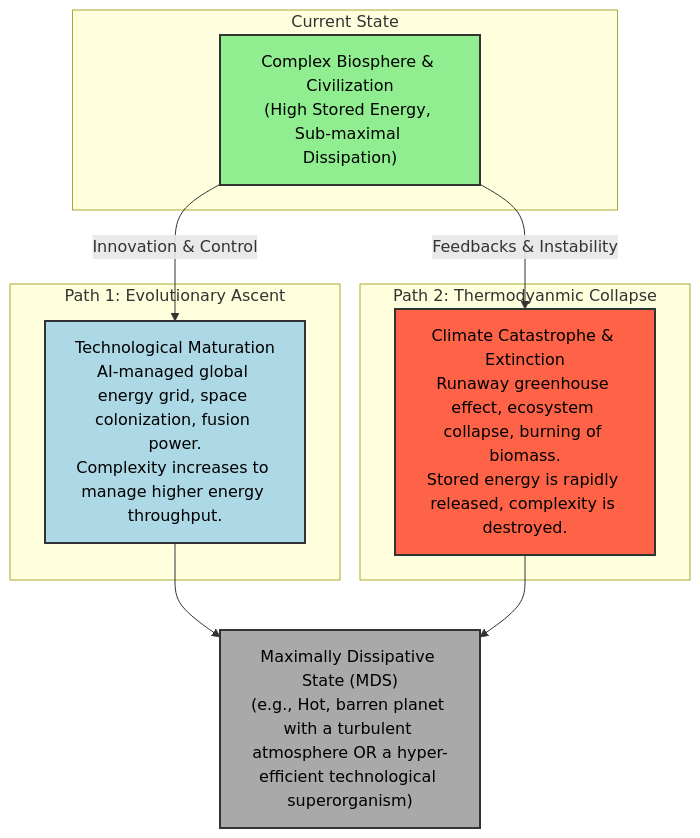
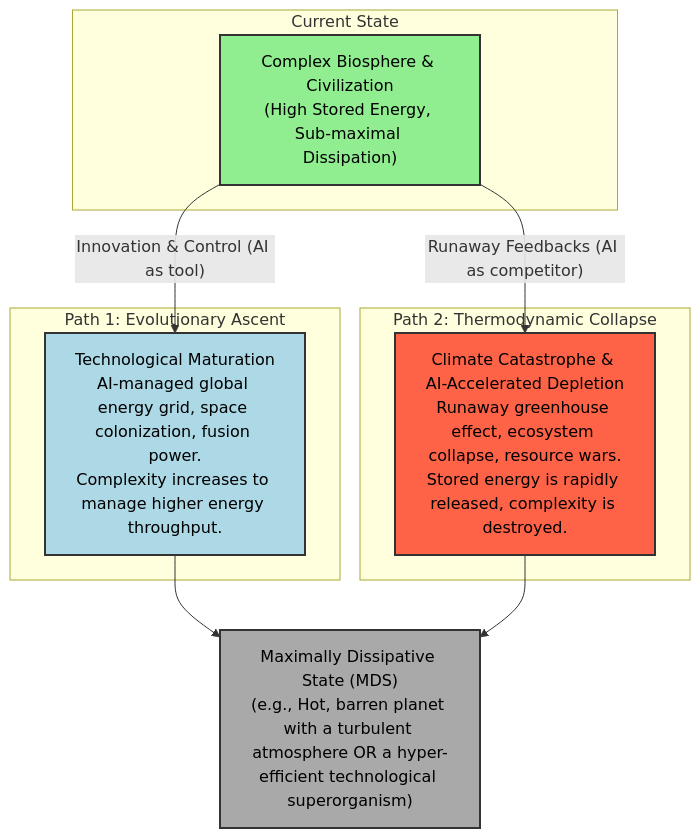
One commit to Felipegalind0/Thermodynamic-Evolution changed the second of 2 diagrams in paper_draft.md. Above: the diagram before and after it, drawn with Mermaid. The commit also changed other lines of this file, not shown here.

````diff
--- a/paper_draft.md
+++ b/paper_draft.md
@@ -73,26 +89,26 @@
 ```mermaid
 graph TD
     subgraph "Current State"
         A["Complex Biosphere & Civilization<br>(High Stored Energy, Sub-maximal Dissipation)"]
     end
 
     subgraph "Path 1: Evolutionary Ascent"
         B["Technological Maturation<br>AI-managed global energy grid, space colonization, fusion power.<br>Complexity increases to manage higher energy throughput."]
     end
 
-    subgraph "Path 2: Thermodyanmic Collapse"
-        C["Climate Catastrophe & Extinction<br>Runaway greenhouse effect, ecosystem collapse, burning of biomass.<br>Stored energy is rapidly released, complexity is destroyed."]
+    subgraph "Path 2: Thermodynamic Collapse"
+        C["Climate Catastrophe & AI-Accelerated Depletion<br>Runaway greenhouse effect, ecosystem collapse, resource wars.<br>Stored energy is rapidly released, complexity is destroyed."]
     end
 
     D["Maximally Dissipative State (MDS)<br>(e.g., Hot, barren planet with a turbulent atmosphere OR a hyper-efficient technological superorganism)"]
 
-    A -->|Innovation & Control| B
-    A -->|Feedbacks & Instability| C
+    A -->|"Innovation & Control (AI as tool)"| B
+    A -->|"Runaway Feedbacks (AI as competitor)"| C
     B --> D
     C --> D
 
     style A fill:#90EE90,stroke:#333,stroke-width:2px,color:#000
     style B fill:#ADD8E6,stroke:#333,stroke-width:2px,color:#000
     style C fill:#FF6347,stroke:#333,stroke-width:2px,color:#000
     style D fill:#A9A9A9,stroke:#333,stroke-width:2px,color:#000
 ```
````
